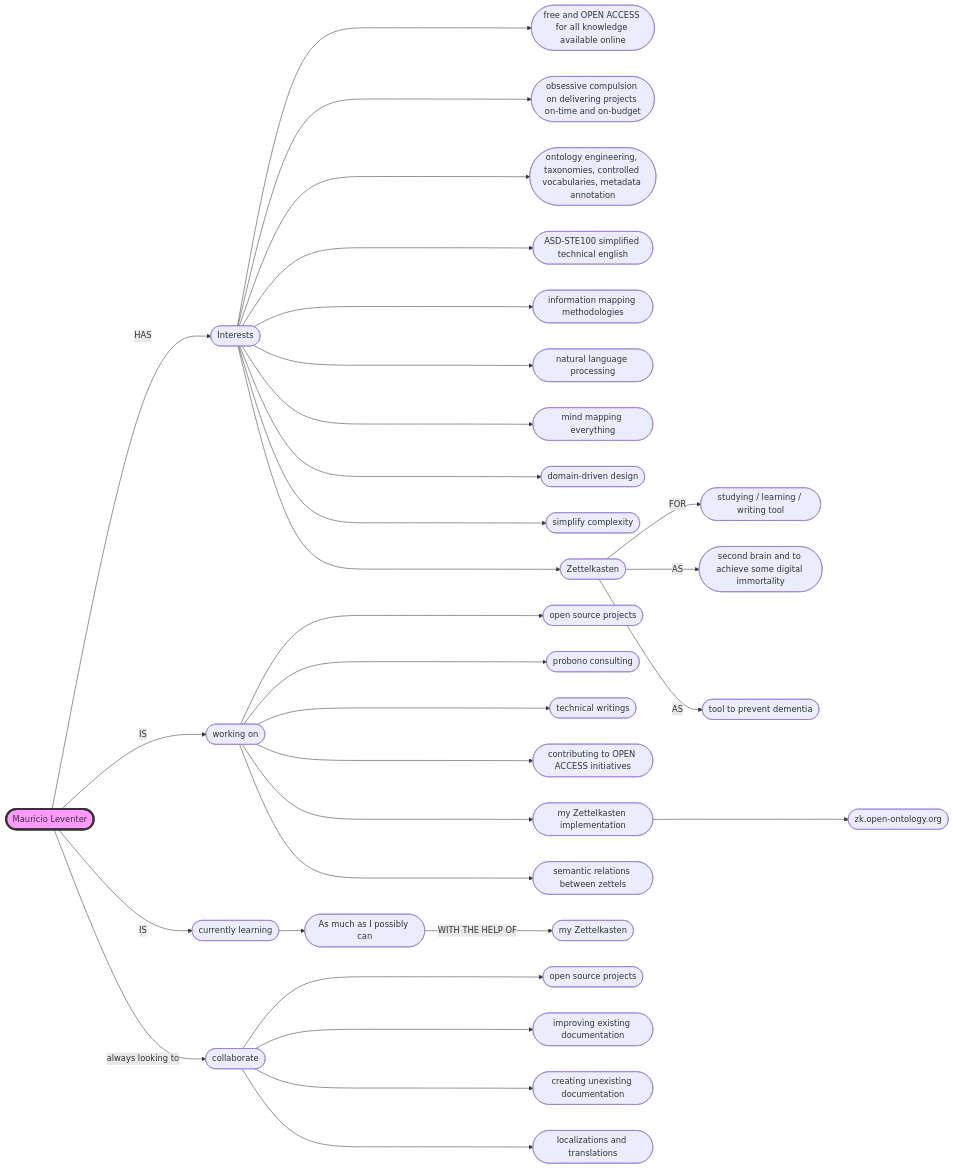
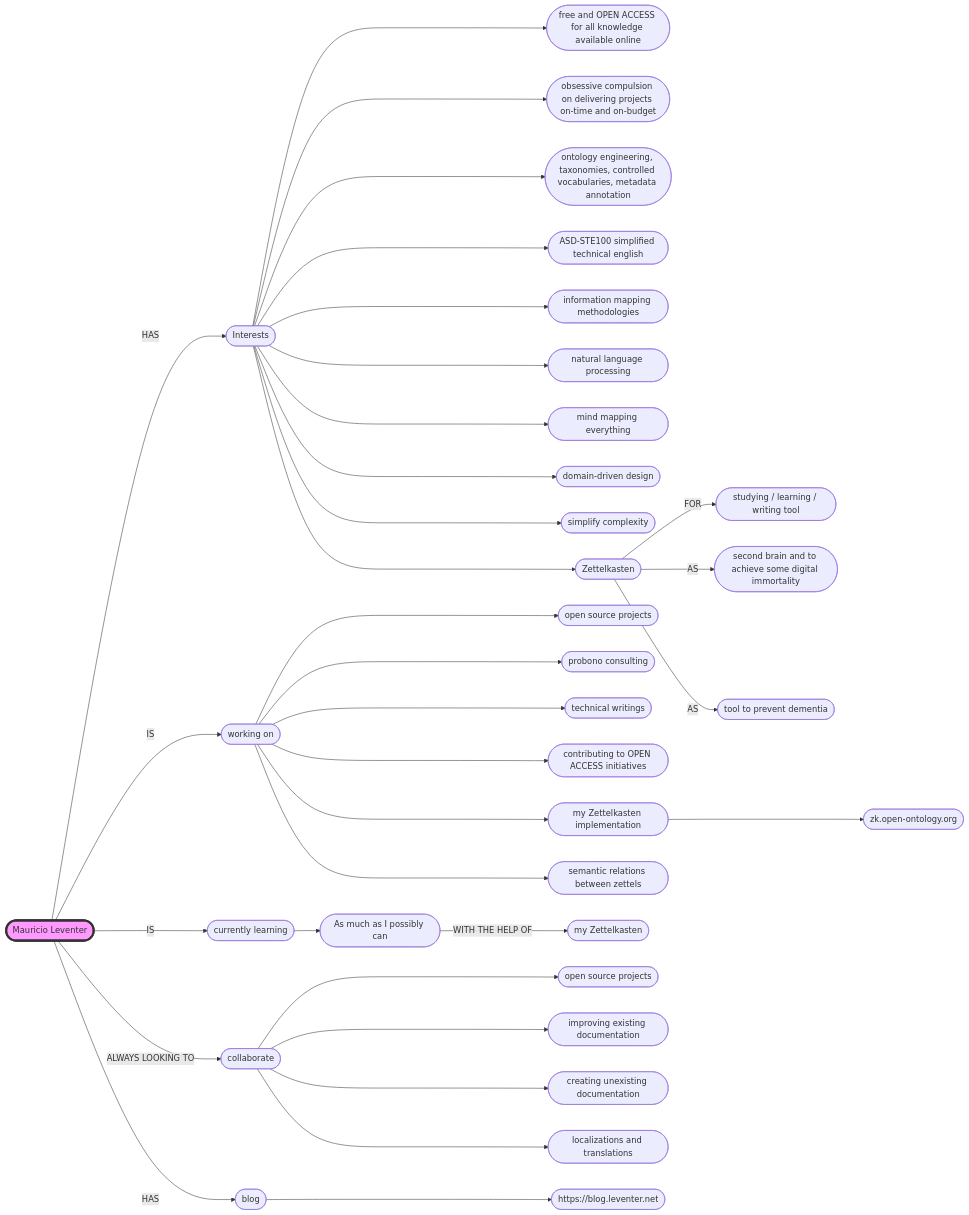
Before and after one commit to mleventer/mleventer: the diagram in README.md, drawn with Mermaid. The commit also changed other lines of this file, not shown here.

````diff
--- a/README.md
+++ b/README.md
@@ -4,34 +4,36 @@
 ```mermaid
 flowchart LR
     A([Mauricio Leventer]) -->|HAS| B([Interests])
     B ---> I1([free and OPEN ACCESS for all knowledge available online])
     B ---> I2([obsessive compulsion on delivering projects on-time and on-budget])
     B ---> I3([ontology engineering, taxonomies, controlled vocabularies, metadata annotation])
     B ---> I4([ASD-STE100 simplified technical english])
     B ---> I5([information mapping methodologies])
     B ---> I6([natural language processing])
     B ---> I7([mind mapping everything]) 
     B ---> I8([domain-driven design]) 
     B ---> I9([simplify complexity]) 
     B ---> J([Zettelkasten])
     J -->|FOR| J1([studying / learning / writing tool]) 
     J -->|AS| J2([second brain and to achieve some digital immortality]) 
     J -->|AS| J3([tool to prevent dementia])
     A -->|IS| C([working on])
     C ---> C1([open source projects])
     C ---> C2([probono consulting])
     C ---> C3([technical writings])
     C ---> C4([contributing to OPEN ACCESS initiatives])
     C ---> H([my Zettelkasten implementation])
     H ---> H1([zk.open-ontology.org])
     C ---> H2([semantic relations between zettels])
     A -->|IS| D([currently learning])
     D --> D1([As much as I possibly can])
     D1 -->|WITH THE HELP OF| D2([my Zettelkasten])
-    A -->|always looking to|E([collaborate])
+    A -->|ALWAYS LOOKING TO|E([collaborate])
     E ---> E1([open source projects])
     E ---> E2([improving existing documentation])
     E ---> E3([creating unexisting documentation])
     E ---> E4([localizations and translations])
+    A -->|HAS| F([blog])
+    F ---> F1([https://blog.leventer.net])
     style A fill:#f9f,stroke:#333,stroke-width:4px
 ```
````
